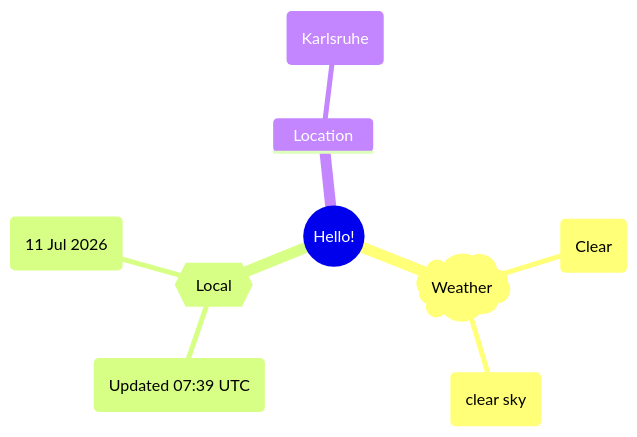
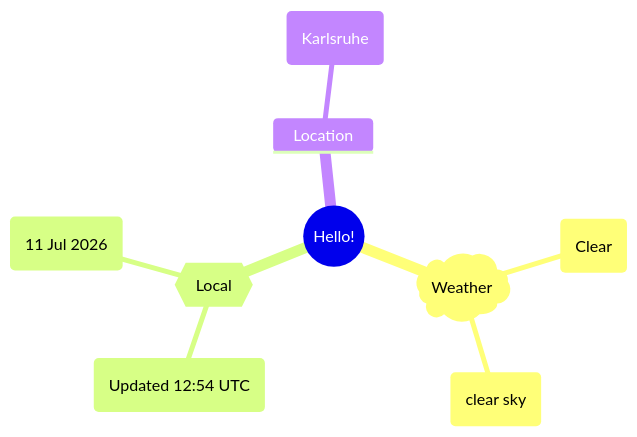
The first of 2 diagrams in README.md (Xosrov/Xosrov), drawn with Mermaid before and after one commit.

Commit message:
[bot] updated images

````diff
--- a/README.md
+++ b/README.md
@@ -3,12 +3,12 @@
 ```mermaid
 mindmap
   root((Hello!))
     )Weather(
         (Clear)
         (clear sky)
     {{Local}}
-        (Updated 07:39 UTC)
+        (Updated 12:54 UTC)
         (11 Jul 2026)
     Location
         (Karlsruhe)
 ```
````
